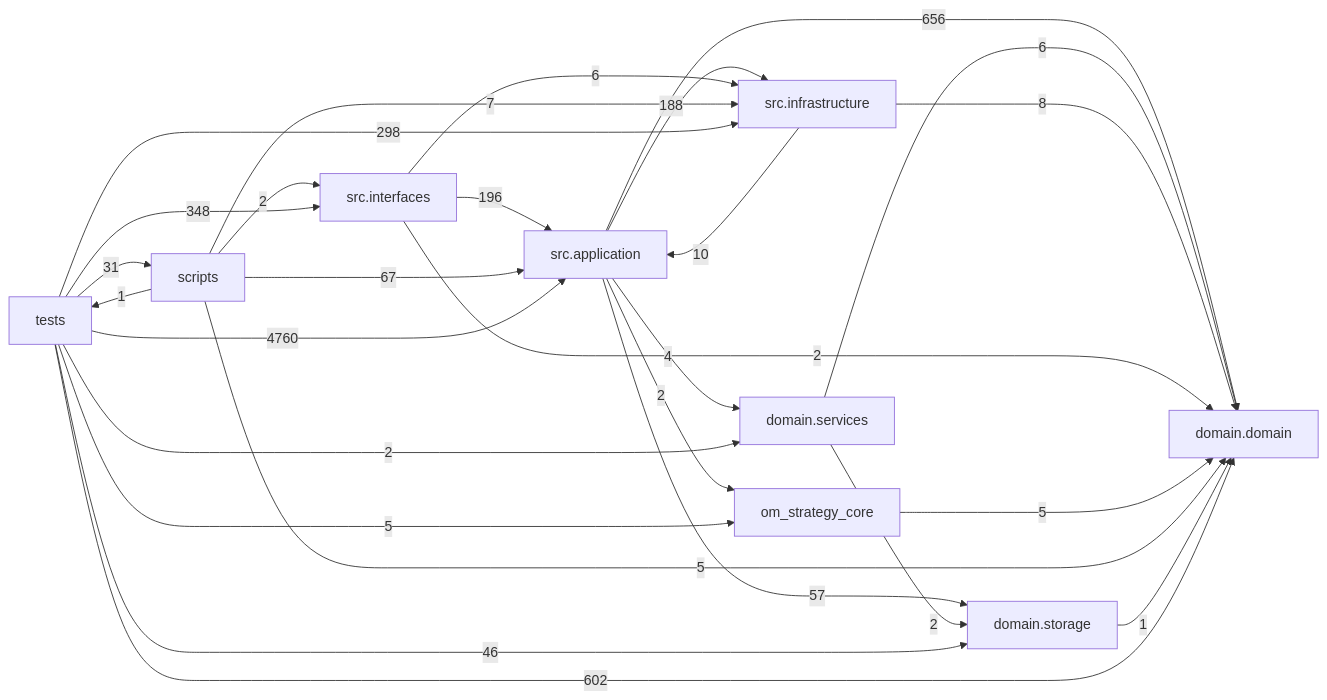
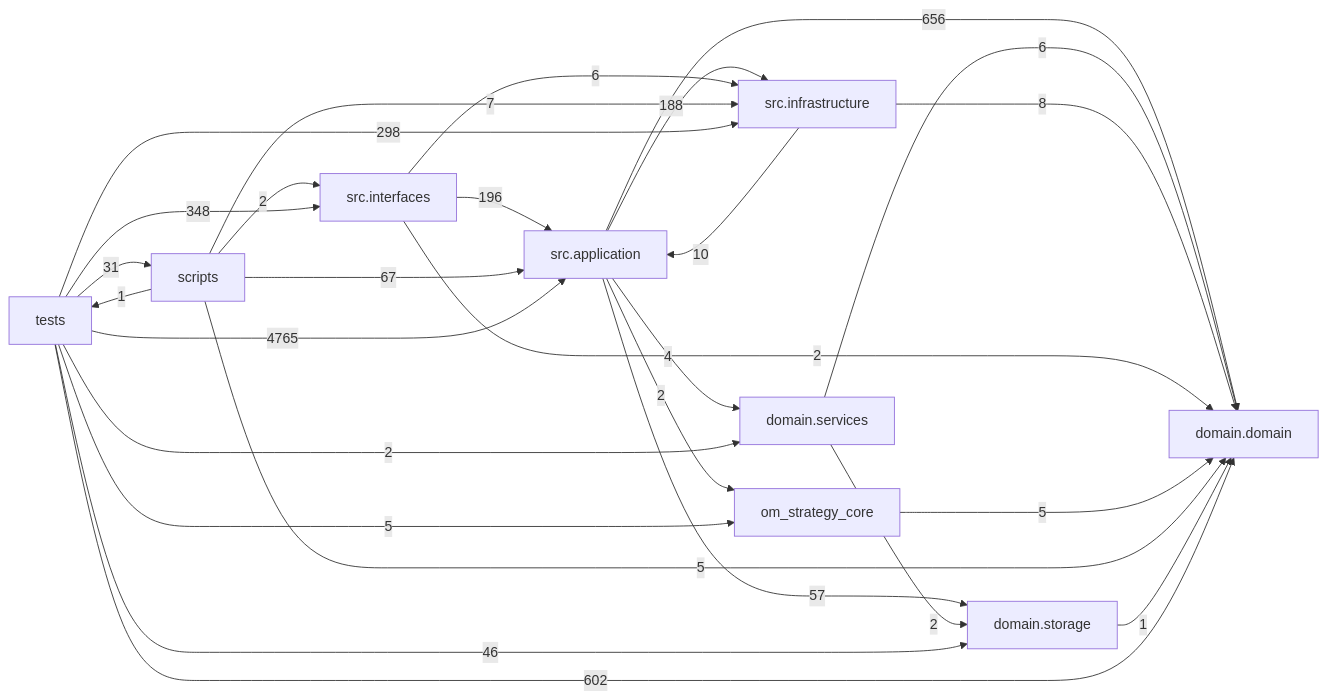
Before and after one commit to liuxie066/options-monitor: the diagram in docs/DEPENDENCY_GRAPH.md, drawn with Mermaid. The commit also changed other lines of this file and 4 other files, not shown here.

Commit message:
fix(diagnostics): honor timeline status filters with operation IDs

````diff
--- a/docs/DEPENDENCY_GRAPH.md
+++ b/docs/DEPENDENCY_GRAPH.md
@@ -24,38 +24,38 @@
 ```mermaid
 flowchart LR
   tests["tests"]
   scripts["scripts"]
   interfaces["src.interfaces"]
   application["src.application"]
   infrastructure["src.infrastructure"]
   domain_services["domain.services"]
   domain["domain.domain"]
   storage["domain.storage"]
   application -->|656| domain
   application -->|4| domain_services
   application -->|188| infrastructure
   application -->|2| om_strategy_core
   application -->|57| storage
   domain_services -->|6| domain
   domain_services -->|2| storage
   infrastructure -->|10| application
   infrastructure -->|8| domain
   interfaces -->|196| application
   interfaces -->|2| domain
   interfaces -->|6| infrastructure
   om_strategy_core -->|5| domain
   scripts -->|67| application
   scripts -->|5| domain
   scripts -->|7| infrastructure
   scripts -->|2| interfaces
   scripts -->|1| tests
   storage -->|1| domain
-  tests -->|4760| application
+  tests -->|4765| application
   tests -->|602| domain
   tests -->|2| domain_services
   tests -->|298| infrastructure
   tests -->|348| interfaces
   tests -->|5| om_strategy_core
   tests -->|31| scripts
   tests -->|46| storage
 ```
````
